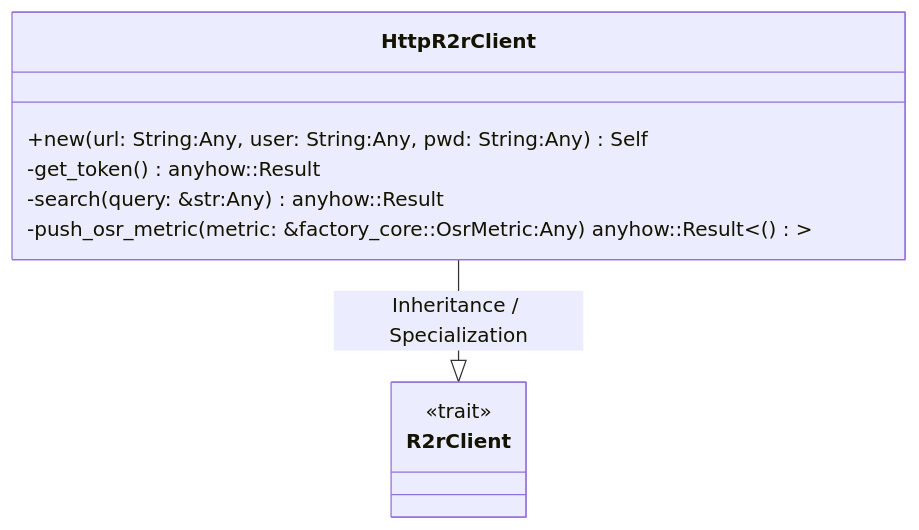
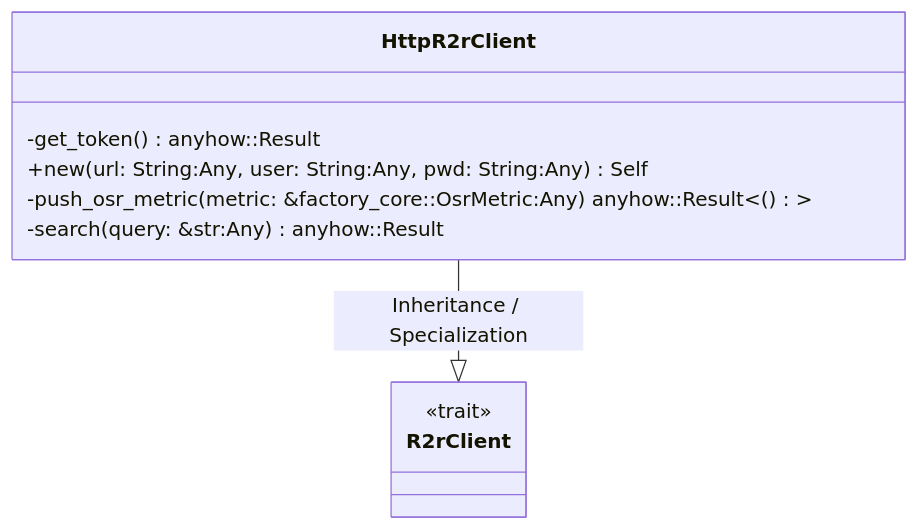
One commit to lgcorzo/rust_CACD_autonomous_factory changed the first of 2 diagrams in openwiki/crates_factory-infrastructure_src_r2r_rs.md. Above: the diagram before and after it, drawn with Mermaid. The commit also changed other lines of this file and 76 other files, not shown here.

````diff
--- a/openwiki/crates_factory-infrastructure_src_r2r_rs.md
+++ b/openwiki/crates_factory-infrastructure_src_r2r_rs.md
@@ -111,15 +111,15 @@
 ```mermaid
 classDiagram
     direction BT
     class HttpR2rClient {
+        -get_token() anyhow::Result<String>
         +new(url: String:Any, user: String:Any, pwd: String:Any) Self
-        -get_token() anyhow::Result<String>
+        -push_osr_metric(metric: &factory_core::OsrMetric:Any) anyhow::Result<()>
         -search(query: &str:Any) anyhow::Result<String>
-        -push_osr_metric(metric: &factory_core::OsrMetric:Any) anyhow::Result<()>
     }
     R2rClient <|-- HttpR2rClient : Inheritance / Specialization
     class R2rClient {
         <<trait>>
     }
 
 ```
````
